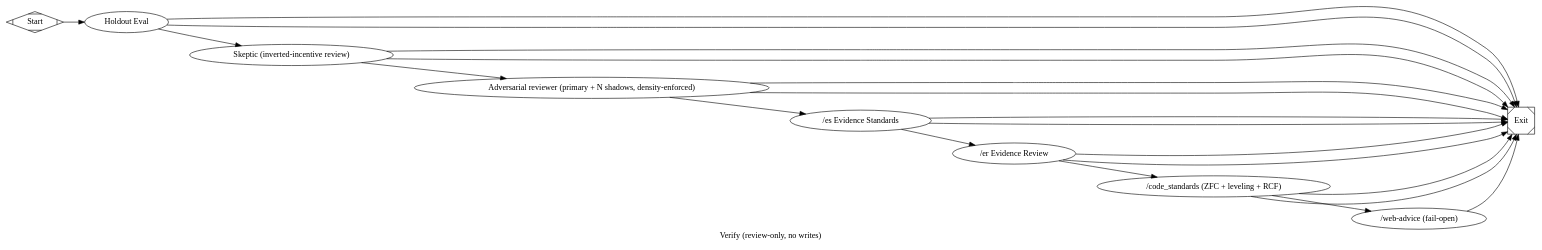
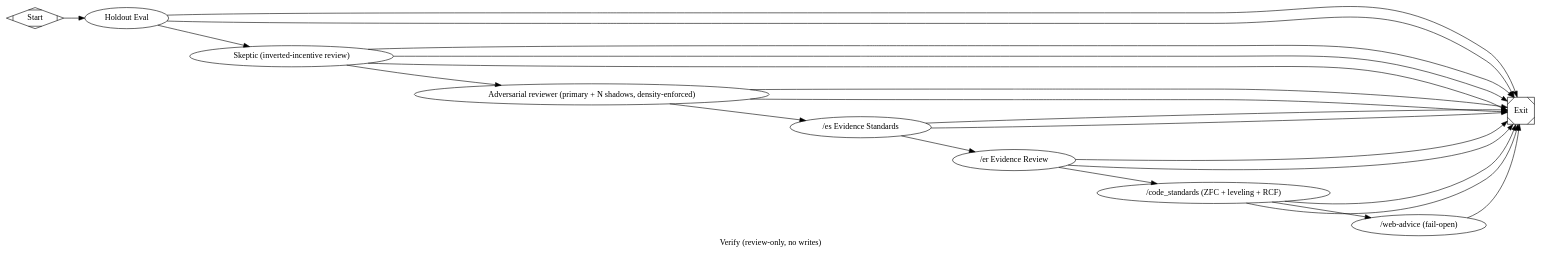
One commit to jleechanorg/dark-factory changed the diagram in pipelines/factory/verify.dot. Above: the diagram before and after it, drawn with Graphviz. The commit also changed 3 other files, not shown here.

```diff
--- a/pipelines/factory/verify.dot
+++ b/pipelines/factory/verify.dot
@@ -1,125 +1,130 @@
 digraph verify {
     graph [
         goal="Review-only verification: holdout + 3 adversarial gates. NO code changes are made — structurally impossible, this graph contains no fix/coder node at all."
         level5="true"
         label="Verify (review-only, no writes)"
         skip_explore="true"
         skip_plan="true"
         skip_implement="true"
     ]
     rankdir=LR
 
     // dark-factory#828: the real incident was a "review/verify only, do
     // not change code" goal run through gates.dot, which DOES contain a
     // fix/coder node — a null-verdict gate routed there and the coder
     // improvised destructively on a live PR branch. gates.dot's fix
     // routing has since been fixed too (fix only fires on outcome=failure,
     // a real finding — see gates.dot's own header comment), but that fix
     // is a RUNTIME behavior, not a structural guarantee. This pipeline is
     // the structural guarantee the issue asked for: use --pipeline
     // pipelines/factory/verify.dot for ANY goal that must never write or
     // push, and no gate outcome, verdict, or bug in gate routing logic can
     // ever cause a write — there is no node in this graph capable of one.
 
     start [shape=Mdiamond, label="Start"]
     exit  [shape=Msquare,  label="Exit"]
 
     holdout [type="holdout_eval", label="Holdout Eval", feature="hello", timeout=600]
     gate_skeptic [
         type="gate_skeptic",
         label="Skeptic (inverted-incentive review)",
         backend_priority="codex,minimax,agy,claude-sonnet",
         prefer_adversarial="true",
         timeout=600
     ]
     adversarial_reviewer [
         type="parallel_reviewer",
         label="Adversarial reviewer (primary + N shadows, density-enforced)",
         review_contract="cold-review-v1",
         prompt="@prompts/slim/review_phase5_shadow.md",
         backend_priority="minimax,agy,codex,claude-sonnet",
         prefer_adversarial="true",
         n_shadows="3",
         gate_strict="true",
         receipt_required="true",
         timeout=600
     ]
     gate_es [
         type="gate_es",
         label="/es Evidence Standards",
         backend_priority="codex,minimax,agy,claude-sonnet",
         prefer_adversarial="true",
         gate_strict="true",
         timeout=600
     ]
     gate_er [
         type="gate_er",
         label="/er Evidence Review",
         backend_priority="codex,minimax,agy,claude-sonnet",
         prefer_adversarial="true",
         gate_strict="true",
         timeout=600
     ]
     gate_cs [
         type="gate_code_standards",
         label="/code_standards (ZFC + leveling + RCF)",
         backend_priority="codex,minimax,agy,claude-sonnet",
         prefer_adversarial="true",
         gate_strict="true",
         timeout=600
     ]
 
     // /web-advice fail-open advisory node (read-only browser review; never
     // writes to the target checkout).
     web_advice [
         type="web_advice",
         label="/web-advice (fail-open)",
         prompt="@prompts/web_advice.txt",
         backend="claude",
         timeout=900,
         min_diff_lines="5",
         transport="auto",
         decision="continue",
         fail_open="true",
         description="Multi-model browser review (gemini/grok/chatgpt/perplexity) via real authenticated browser sessions. FAIL-OPEN: never blocks. Signal goes to CXDB + PR comment."
     ]
 
     // No `fix` node exists in this graph. Every non-success outcome routes
     // to exit with the real outcome preserved in that step's CXDB record
     // (per-step history, not the top-line final_outcome — see
     // runner/handler_core.py's `_exit` handler, which always reports
     // outcome=success for the exit step itself; this is a pre-existing,
     // repo-wide convention also relied on by web_advice's fail-open edge,
     // out of scope to change here). Explicit EQ conditions (never `!=`) so
     // this intentional review-only design does not trip
     // runner.graph_audit's G2 check, which flags a literal
     // `outcome != success` on a reviewer->exit edge as accidentally
     // dropping a fix-loop contract that this graph deliberately never had.
     start -> holdout
     holdout -> gate_skeptic [condition="outcome=success"]
     holdout -> exit         [condition="outcome=failure"]
     holdout -> exit         [condition="outcome=error"]
 
     gate_skeptic -> adversarial_reviewer [condition="outcome=success"]
     gate_skeptic -> exit                 [condition="outcome=failure"]
     gate_skeptic -> exit                 [condition="outcome=error"]
+    // gate_skeptic's bespoke implementation (runner/handler_universal_
+    // prompts.py, dark-factory#830) sets outcome="inconclusive" (not
+    // "error") for a null/unparseable verdict — the other four gates
+    // never emit this literal outcome, only gate_skeptic needs this edge.
+    gate_skeptic -> exit                 [condition="outcome=inconclusive"]
 
     adversarial_reviewer -> gate_es [condition="outcome=success"]
     adversarial_reviewer -> exit    [condition="outcome=failure"]
     adversarial_reviewer -> exit    [condition="outcome=error"]
 
     gate_es -> gate_er [condition="outcome=success"]
     gate_es -> exit    [condition="outcome=failure"]
     gate_es -> exit    [condition="outcome=error"]
 
     gate_er -> gate_cs [condition="outcome=success"]
     gate_er -> exit    [condition="outcome=failure"]
     gate_er -> exit    [condition="outcome=error"]
 
     gate_cs -> web_advice [condition="outcome=success"]
     gate_cs -> exit       [condition="outcome=failure"]
     gate_cs -> exit       [condition="outcome=error"]
 
     // Fail-open heart: single unconditional edge to exit.
     web_advice -> exit
 }
```
